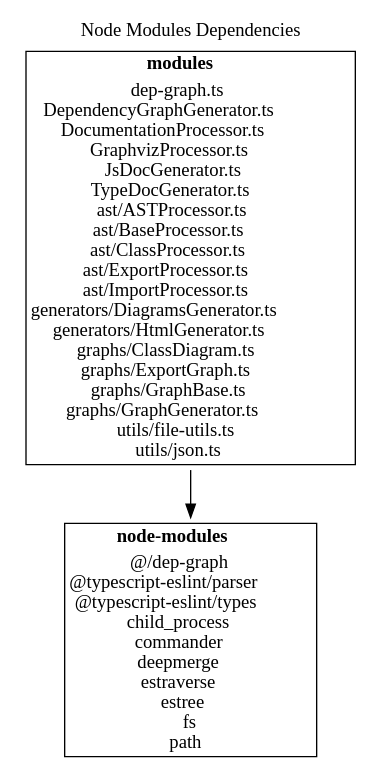
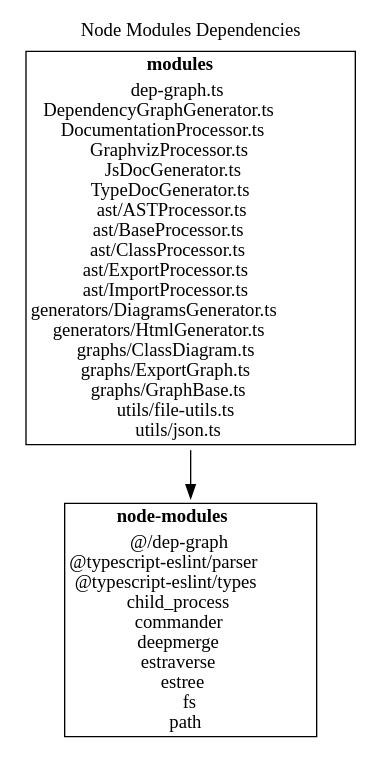
The diagram in dep-graph-ts/NodeModules.dot (fleebe/GitHubPages), drawn with Graphviz before and after one commit. The commit also changed 36 other files, not shown here.

Commit message:
Update docs for dep-graph-ts from fleebe/dep-graph-ts workflow

```diff
--- a/dep-graph-ts/NodeModules.dot
+++ b/dep-graph-ts/NodeModules.dot
@@ -1,43 +1,42 @@
 digraph {label="Node Modules Dependencies";
 labelloc="t";
 "node-modules" [shape=none, label=<<TABLE cellspacing="0" cellborder="0" align="left">
 <TR><TD><B>node-modules</B></TD></TR>
 <TR><TD align="left">
 @/dep-graph<BR/>
 @typescript-eslint/parser<BR/>
 @typescript-eslint/types<BR/>
 child_process<BR/>
 commander<BR/>
 deepmerge<BR/>
 estraverse<BR/>
 estree<BR/>
 fs<BR/>
 path<BR/>
 </TD></TR>
 </TABLE>>];
 "modules" [shape=none, label=<<TABLE cellspacing="0" cellborder="0" align="left">
 <TR><TD><B>modules</B></TD></TR>
 <TR><TD align="left">
 dep-graph.ts<BR/>
 DependencyGraphGenerator.ts<BR/>
 DocumentationProcessor.ts<BR/>
 GraphvizProcessor.ts<BR/>
 JsDocGenerator.ts<BR/>
 TypeDocGenerator.ts<BR/>
 ast/ASTProcessor.ts<BR/>
 ast/BaseProcessor.ts<BR/>
 ast/ClassProcessor.ts<BR/>
 ast/ExportProcessor.ts<BR/>
 ast/ImportProcessor.ts<BR/>
 generators/DiagramsGenerator.ts<BR/>
 generators/HtmlGenerator.ts<BR/>
 graphs/ClassDiagram.ts<BR/>
 graphs/ExportGraph.ts<BR/>
 graphs/GraphBase.ts<BR/>
-graphs/GraphGenerator.ts<BR/>
 utils/file-utils.ts<BR/>
 utils/json.ts<BR/>
 </TD></TR>
 </TABLE>>];
 "modules"->"node-modules";
 }
```
